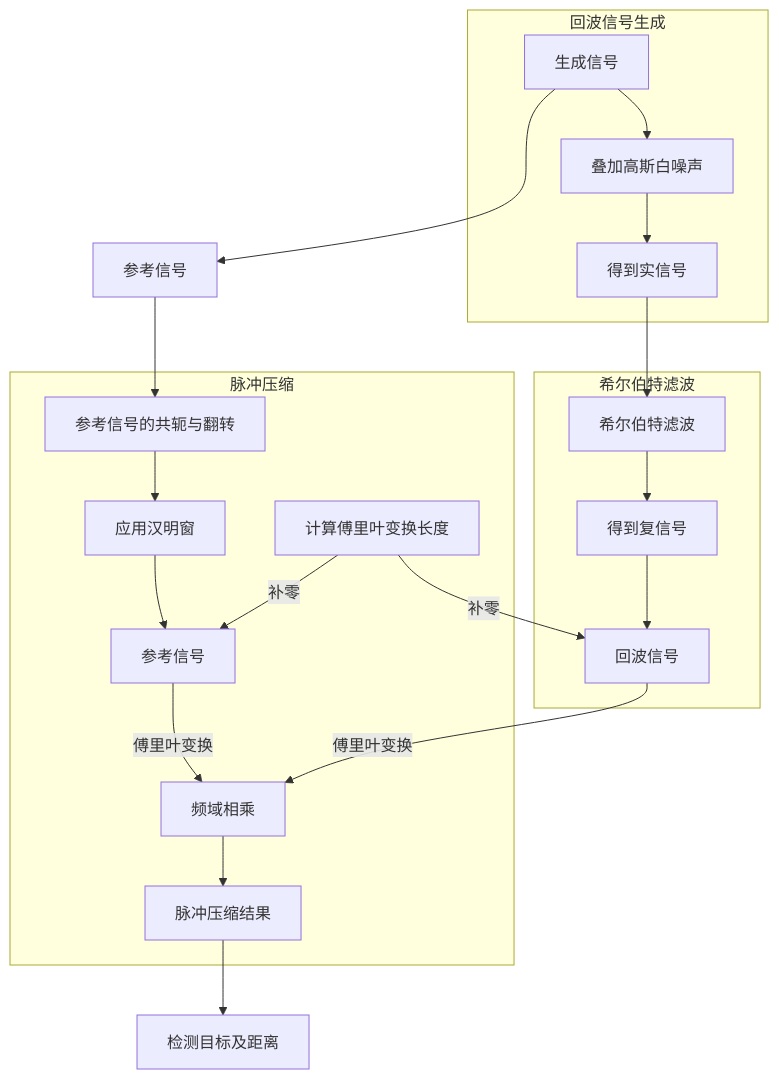
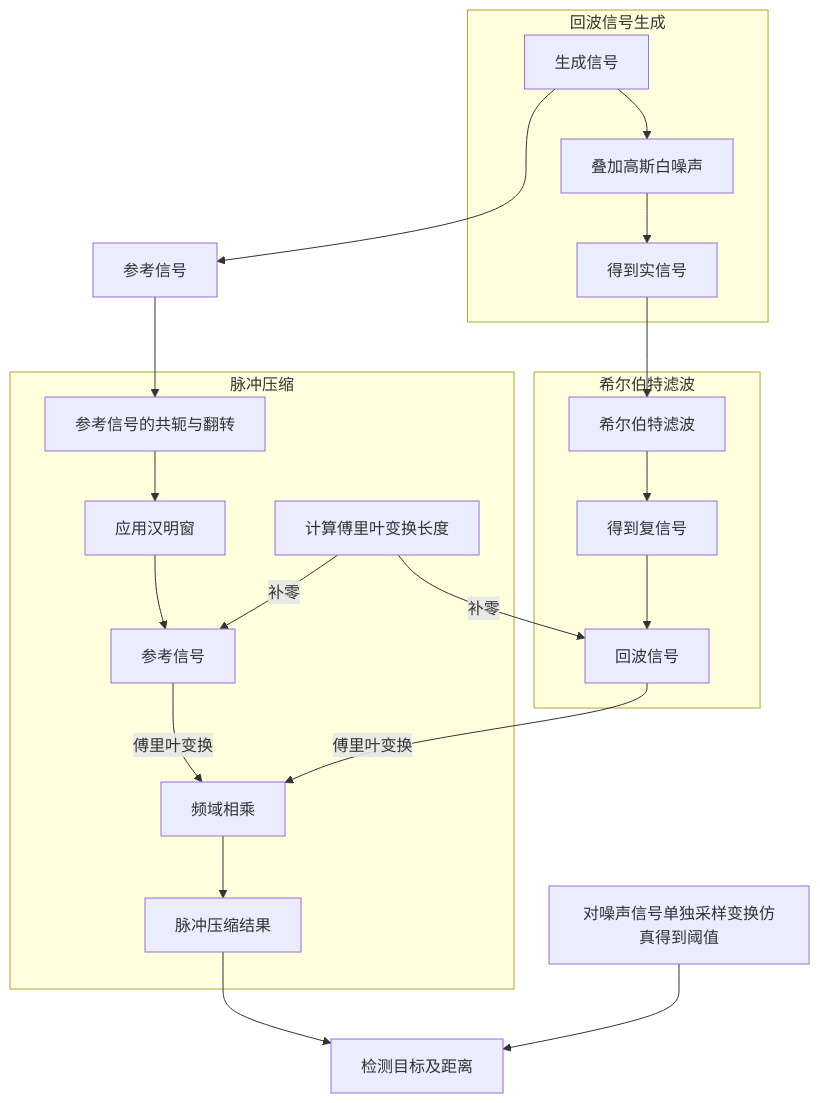
One commit to JuniMay/phytium-vsipl-assignment changed the diagram in README.md. Above: the diagram before and after it, drawn with Mermaid. The commit also changed other lines of this file and 15 other files, not shown here.

````diff
--- a/README.md
+++ b/README.md
@@ -154,24 +167,25 @@
 ```mermaid
 flowchart 
   A --> O
   O[参考信号] --> F
   subgraph 回波信号生成
     A[生成信号] --> B[叠加高斯白噪声]
     B --> C[得到实信号]
   end
   subgraph 希尔伯特滤波
     C --> D[希尔伯特滤波]
     D --> E[得到复信号]
     E --> L
   end
   subgraph 脉冲压缩
     F[参考信号的共轭与翻转] --> G[应用汉明窗]
     G --> K
     H[计算傅里叶变换长度] -- "补零" --> K[参考信号]
     H -- "补零" --> L[回波信号]
     K -- "傅里叶变换" --> J[频域相乘]
     L -- "傅里叶变换" --> J
     J --> M[脉冲压缩结果]
   end
   M --> N[检测目标及距离]
+  P[对噪声信号单独采样变换仿真得到阈值] --> N
 ```
````
